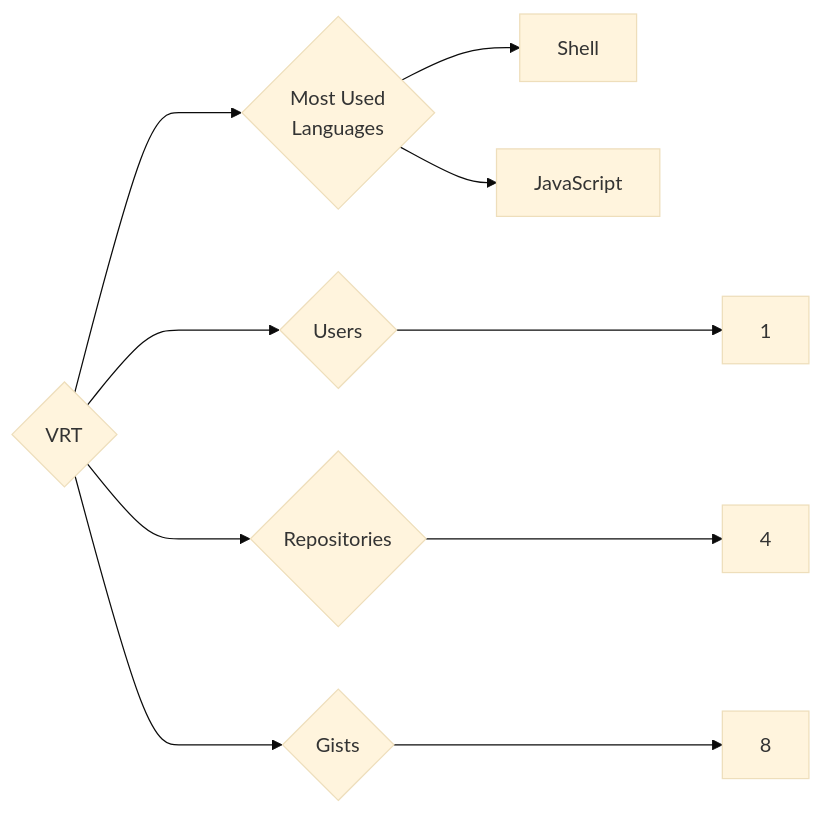
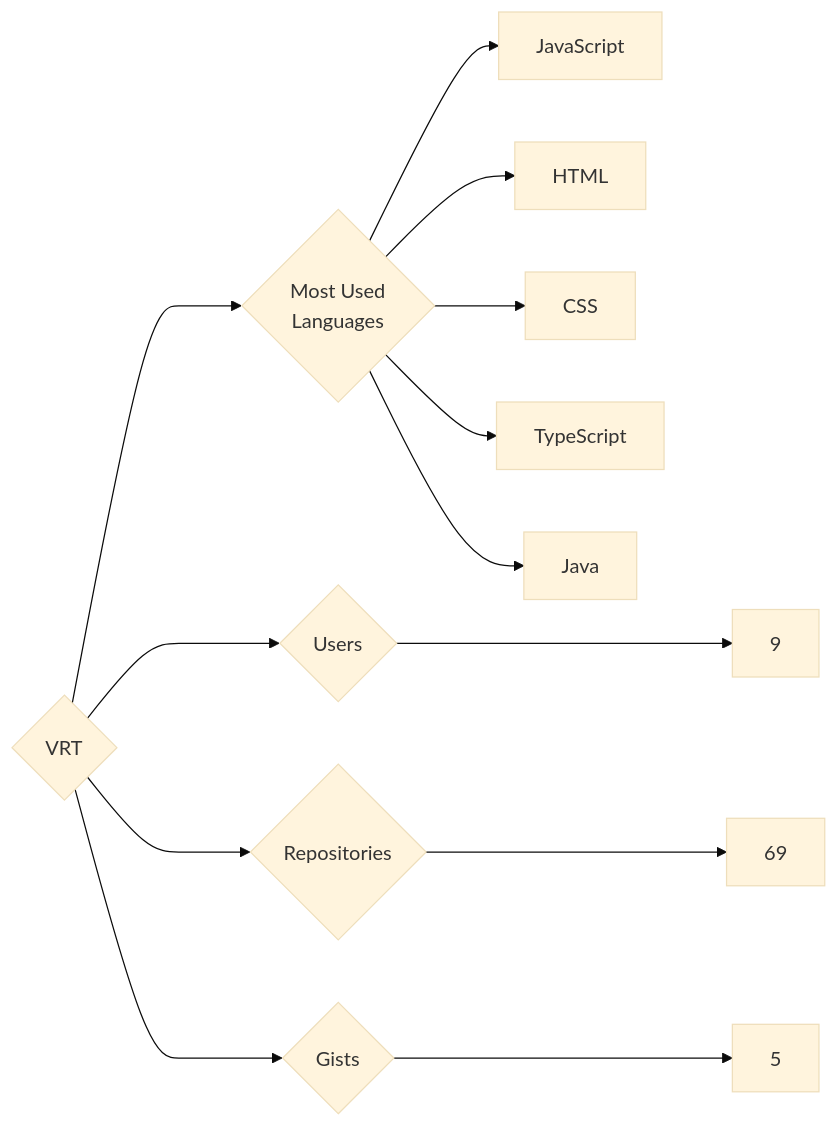
Before and after one commit to trickest/insiders: the diagram in targets/VRT/README.md, drawn with Mermaid (base theme). The commit also changed 920 other files, not shown here.

````diff
--- a/targets/VRT/README.md
+++ b/targets/VRT/README.md
@@ -3,10 +3,13 @@
 ```mermaid
 graph LR
 COMPANY_NAME{VRT}
-COMPANY_NAME ---> U{Users} ---> UN[1]
-COMPANY_NAME ---> R{Repositories} ---> RN[4]
-COMPANY_NAME ---> G{Gists} ---> GN[8]
+COMPANY_NAME ---> U{Users} ---> UN[9]
+COMPANY_NAME ---> R{Repositories} ---> RN[69]
+COMPANY_NAME ---> G{Gists} ---> GN[5]
 COMPANY_NAME ---> ML{Most Used<br>Languages}
-ML --> Shell[Shell]
 ML --> JavaScript[JavaScript]
+ML --> HTML[HTML]
+ML --> CSS[CSS]
+ML --> TypeScript[TypeScript]
+ML --> Java[Java]
 ```
````
